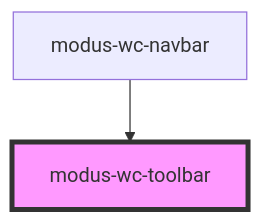
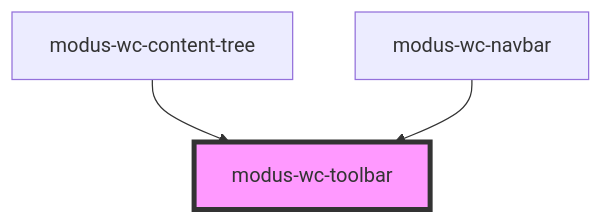
Before and after one commit to trimble-oss/modus-wc-2.0: the diagram in src/components/modus-wc-toolbar/readme.md, drawn with Mermaid. The commit also changed other lines of this file and 20 other files, not shown here.

````diff
--- a/src/components/modus-wc-toolbar/readme.md
+++ b/src/components/modus-wc-toolbar/readme.md
@@ -28,5 +29,6 @@
 ```mermaid
 graph TD;
+  modus-wc-content-tree --> modus-wc-toolbar
   modus-wc-navbar --> modus-wc-toolbar
   style modus-wc-toolbar fill:#f9f,stroke:#333,stroke-width:4px
 ```
````
